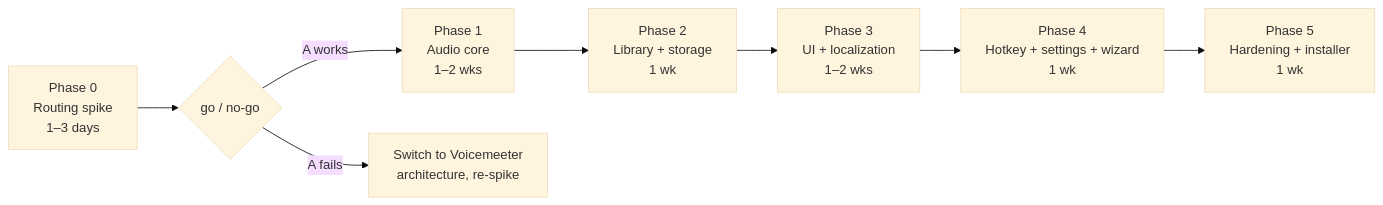
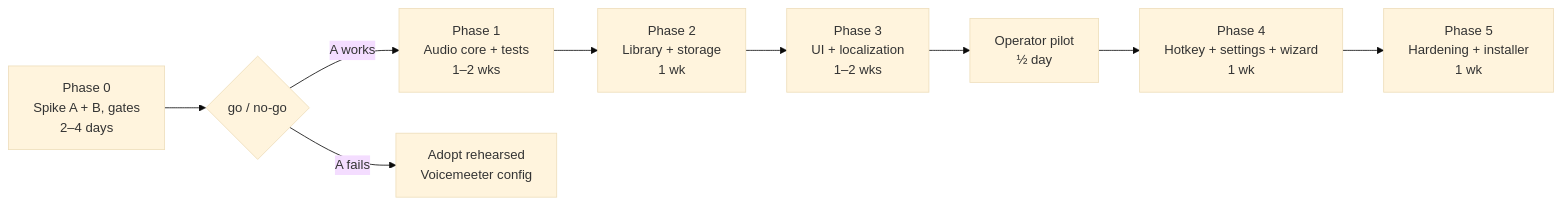
Before and after one commit to olehserv/ada-voice: the diagram in docs/roadmaps/mvp-roadmap.md, drawn with Mermaid (base theme). The commit also changed other lines of this file and 9 other files, not shown here.

````diff
--- a/docs/roadmaps/mvp-roadmap.md
+++ b/docs/roadmaps/mvp-roadmap.md
@@ -41,10 +41,11 @@
 ```mermaid
 flowchart LR
-    P0["Phase 0\nRouting spike\n1–3 days"] --> G{"go / no-go"}
-    G -->|"A works"| P1["Phase 1\nAudio core\n1–2 wks"]
-    G -->|"A fails"| ALT["Switch to Voicemeeter\narchitecture, re-spike"]
+    P0["Phase 0\nSpike A + B, gates\n2–4 days"] --> G{"go / no-go"}
+    G -->|"A works"| P1["Phase 1\nAudio core + tests\n1–2 wks"]
+    G -->|"A fails"| ALT["Adopt rehearsed\nVoicemeeter config"]
     P1 --> P2["Phase 2\nLibrary + storage\n1 wk"]
     P2 --> P3["Phase 3\nUI + localization\n1–2 wks"]
-    P3 --> P4["Phase 4\nHotkey + settings + wizard\n1 wk"]
+    P3 --> PIL["Operator pilot\n½ day"]
+    PIL --> P4["Phase 4\nHotkey + settings + wizard\n1 wk"]
     P4 --> P5["Phase 5\nHardening + installer\n1 wk"]
 ```
````
